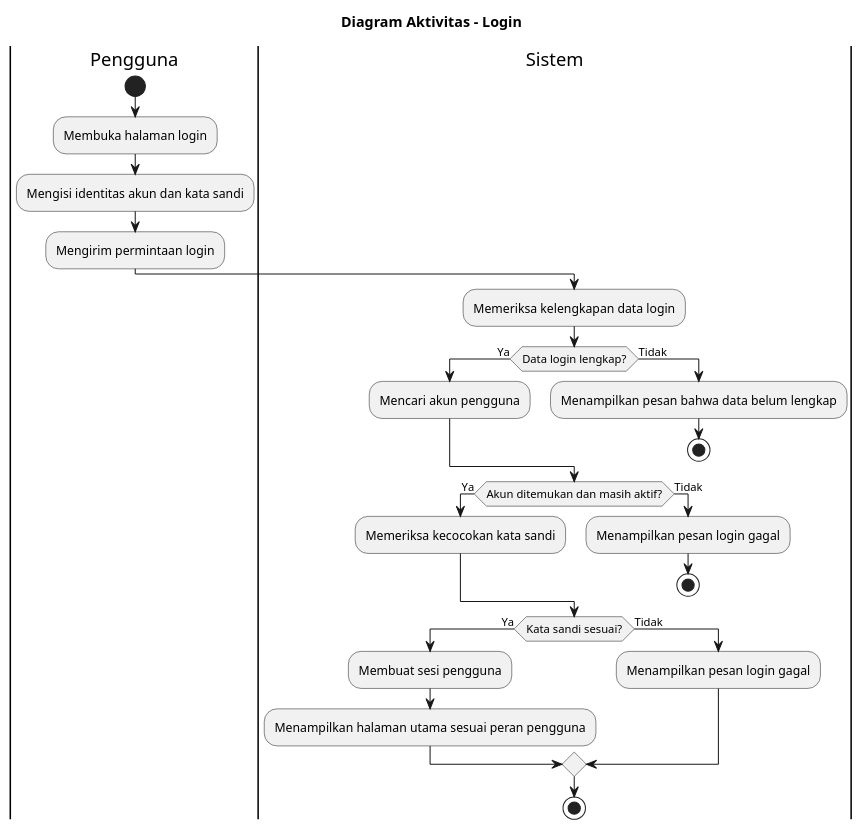
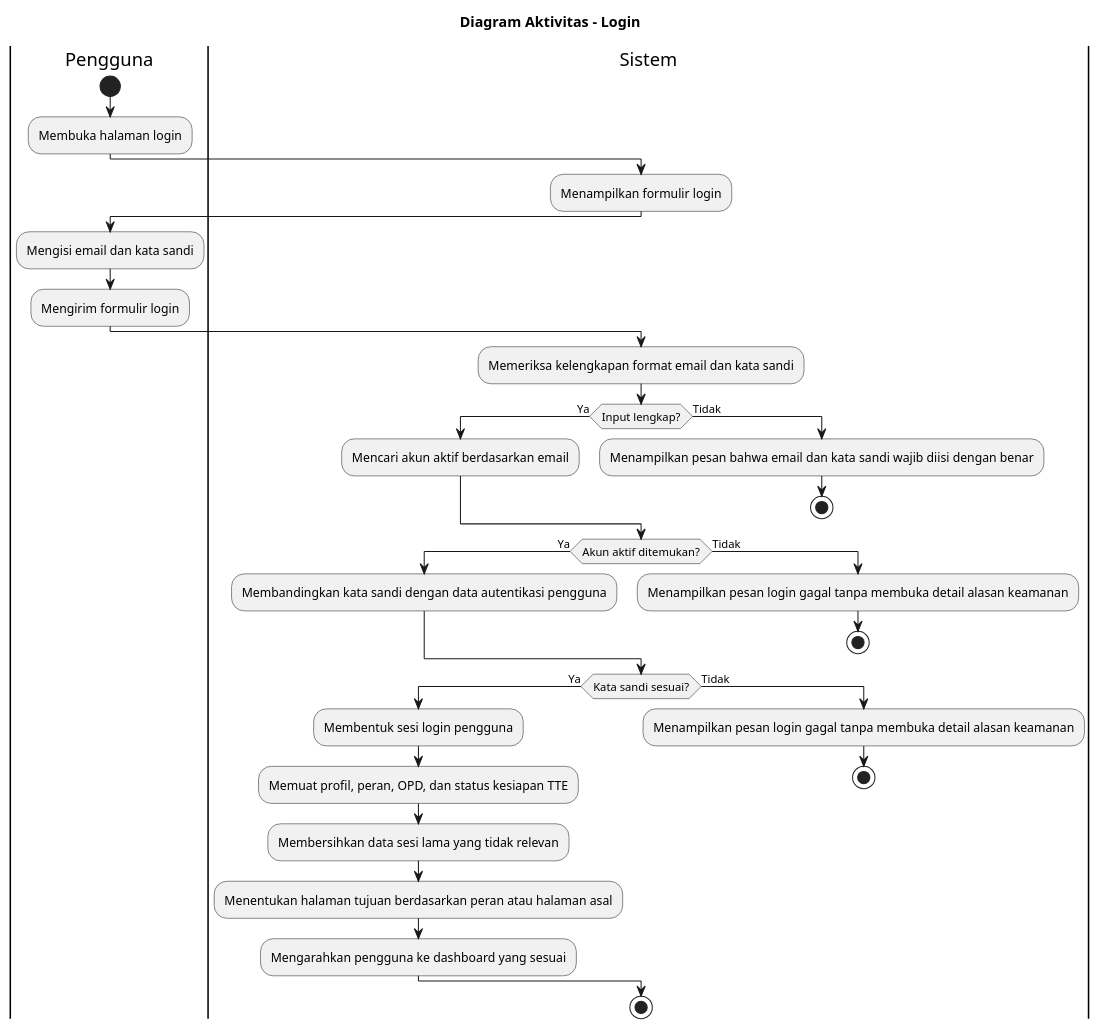
Before and after one commit to howlil/sop-generate-app: the diagram in docs/activity-diagram/lampiran/seluruh-pengguna-login.md, drawn with PlantUML. The commit also changed other lines of this file and 90 other files, not shown here.

````diff
--- a/docs/activity-diagram/lampiran/seluruh-pengguna-login.md
+++ b/docs/activity-diagram/lampiran/seluruh-pengguna-login.md
@@ -16,36 +16,46 @@
 ```plantuml
 @startuml
 title Diagram Aktivitas - Login
 
 |Pengguna|
 start
 :Membuka halaman login;
-:Mengisi identitas akun dan kata sandi;
-:Mengirim permintaan login;
 
 |Sistem|
-:Memeriksa kelengkapan data login;
-if (Data login lengkap?) then (Ya)
-  :Mencari akun pengguna;
+:Menampilkan formulir login;
+
+|Pengguna|
+:Mengisi email dan kata sandi;
+:Mengirim formulir login;
+
+|Sistem|
+:Memeriksa kelengkapan format email dan kata sandi;
+
+if (Input lengkap?) then (Ya)
+  :Mencari akun aktif berdasarkan email;
 else (Tidak)
-  :Menampilkan pesan bahwa data belum lengkap;
+  :Menampilkan pesan bahwa email dan kata sandi wajib diisi dengan benar;
   stop
 endif
 
-if (Akun ditemukan dan masih aktif?) then (Ya)
-  :Memeriksa kecocokan kata sandi;
+if (Akun aktif ditemukan?) then (Ya)
+  :Membandingkan kata sandi dengan data autentikasi pengguna;
 else (Tidak)
-  :Menampilkan pesan login gagal;
+  :Menampilkan pesan login gagal tanpa membuka detail alasan keamanan;
   stop
 endif
 
 if (Kata sandi sesuai?) then (Ya)
-  :Membuat sesi pengguna;
-  :Menampilkan halaman utama sesuai peran pengguna;
+  :Membentuk sesi login pengguna;
+  :Memuat profil, peran, OPD, dan status kesiapan TTE;
+  :Membersihkan data sesi lama yang tidak relevan;
+  :Menentukan halaman tujuan berdasarkan peran atau halaman asal;
+  :Mengarahkan pengguna ke dashboard yang sesuai;
 else (Tidak)
-  :Menampilkan pesan login gagal;
+  :Menampilkan pesan login gagal tanpa membuka detail alasan keamanan;
+  stop
 endif
 
 stop
 @enduml
 ```
````
